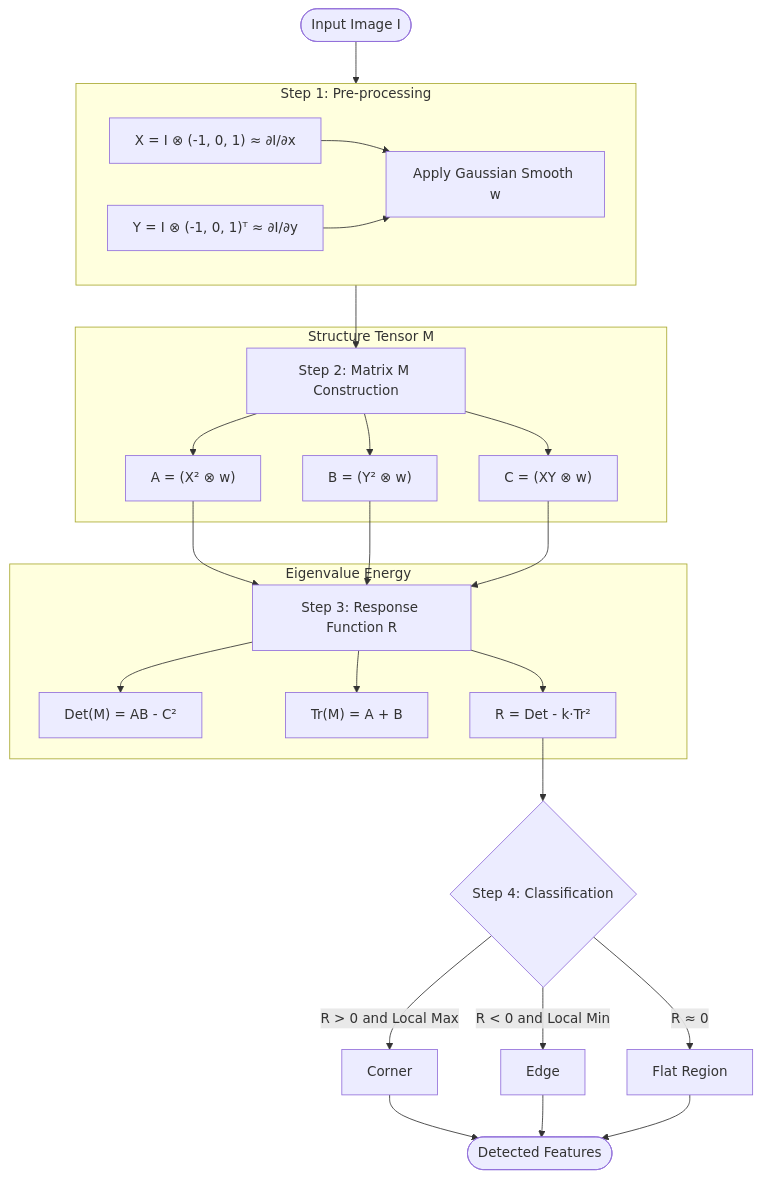
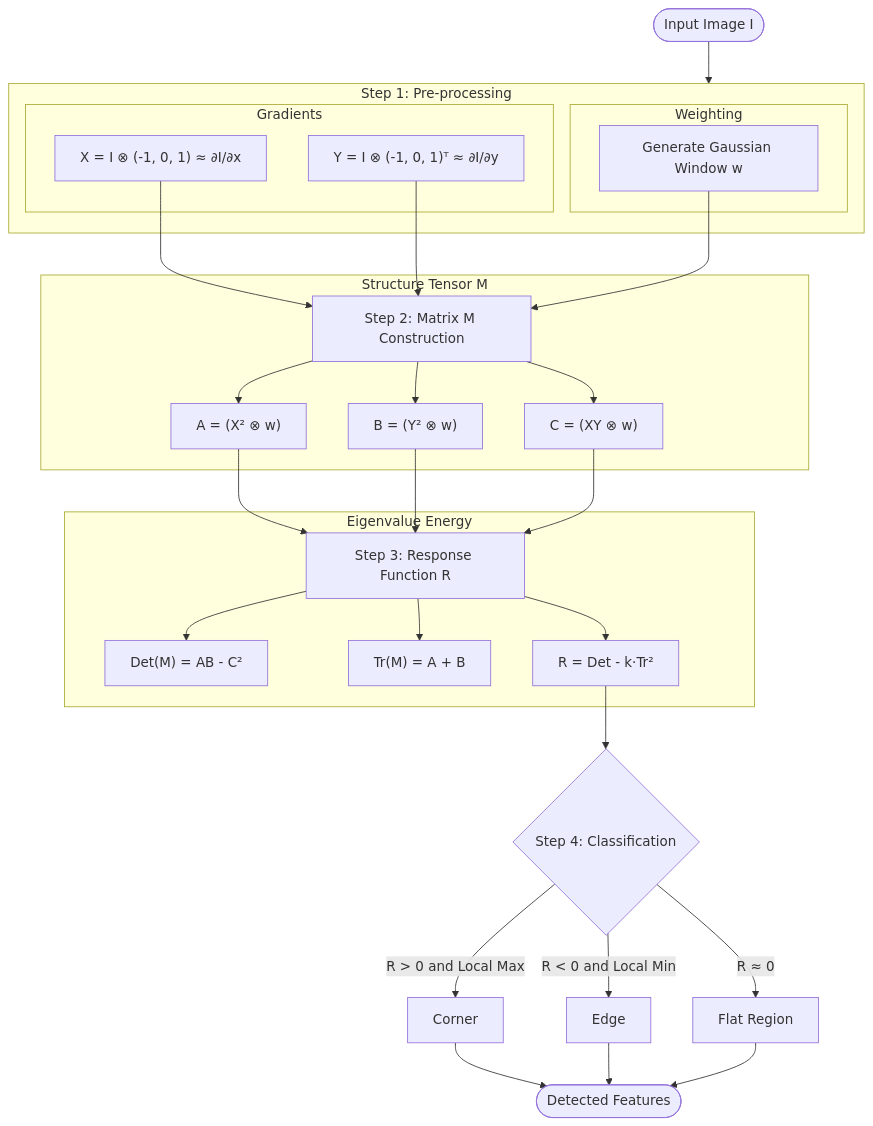
One commit to oldpig123/DISP-tutorial changed the diagram in README.md. Above: the diagram before and after it, drawn with Mermaid.

Commit message:
Tutorial 5 (Exercise 4): Decoupled Gradient and Smoothing sub-steps in Harris flowchart for perfect architectural accuracy.

````diff
--- a/README.md
+++ b/README.md
@@ -265,37 +265,40 @@
 ```mermaid
 graph TD
     Start([Input Image I]) --> Step1
     
     subgraph Step1 ["Step 1: Pre-processing"]
-        X["X = I ⊗ (-1, 0, 1) ≈ ∂I/∂x"]
-        Y["Y = I ⊗ (-1, 0, 1)ᵀ ≈ ∂I/∂y"]
-        Smooth["Apply Gaussian Smooth w"]
-        X & Y --> Smooth
+        subgraph G [Gradients]
+            X["X = I ⊗ (-1, 0, 1) ≈ ∂I/∂x"]
+            Y["Y = I ⊗ (-1, 0, 1)ᵀ ≈ ∂I/∂y"]
+        end
+        subgraph W [Weighting]
+            Smooth["Generate Gaussian Window w"]
+        end
     end
     
-    Step1 --> Step2[Step 2: Matrix M Construction]
+    X & Y & Smooth --> Step2[Step 2: Matrix M Construction]
     
     subgraph "Structure Tensor M"
         Step2 --> A["A = (X² ⊗ w)"]
         Step2 --> B["B = (Y² ⊗ w)"]
         Step2 --> C["C = (XY ⊗ w)"]
     end
     
     A & B & C --> Step3[Step 3: Response Function R]
     
     subgraph "Eigenvalue Energy"
         Step3 --> Det["Det(M) = AB - C²"]
         Step3 --> Tr["Tr(M) = A + B"]
         Step3 --> R["R = Det - k·Tr²"]
     end
     
     R --> Step4{Step 4: Classification}
     
     Step4 -- "R > 0 and Local Max" --> Corner[Corner]
     Step4 -- "R < 0 and Local Min" --> Edge[Edge]
     Step4 -- "R ≈ 0" --> Flat[Flat Region]
     
     Corner --> End([Detected Features])
     Edge --> End
     Flat --> End
 ```
````
